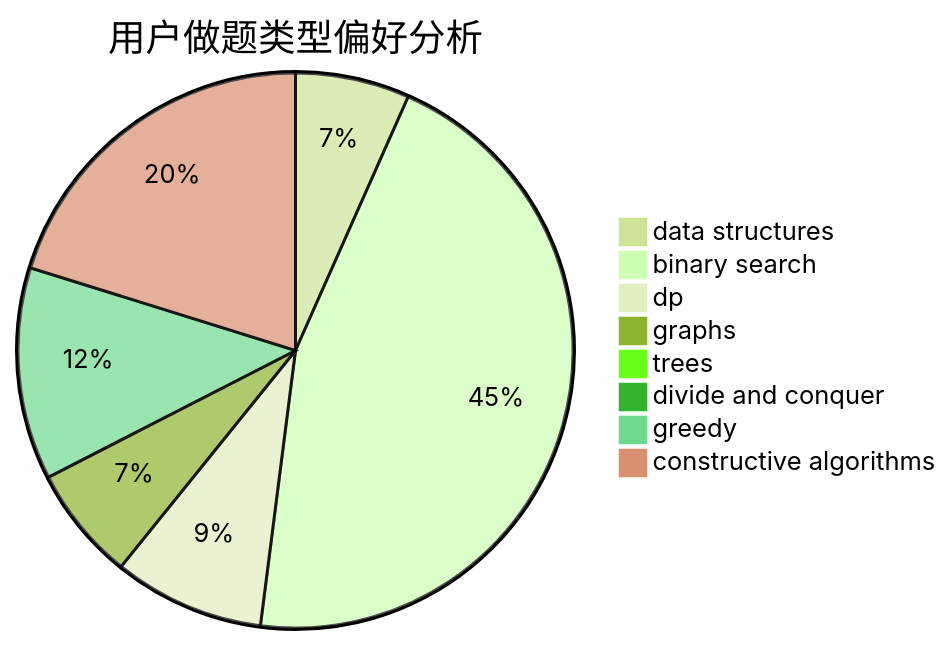
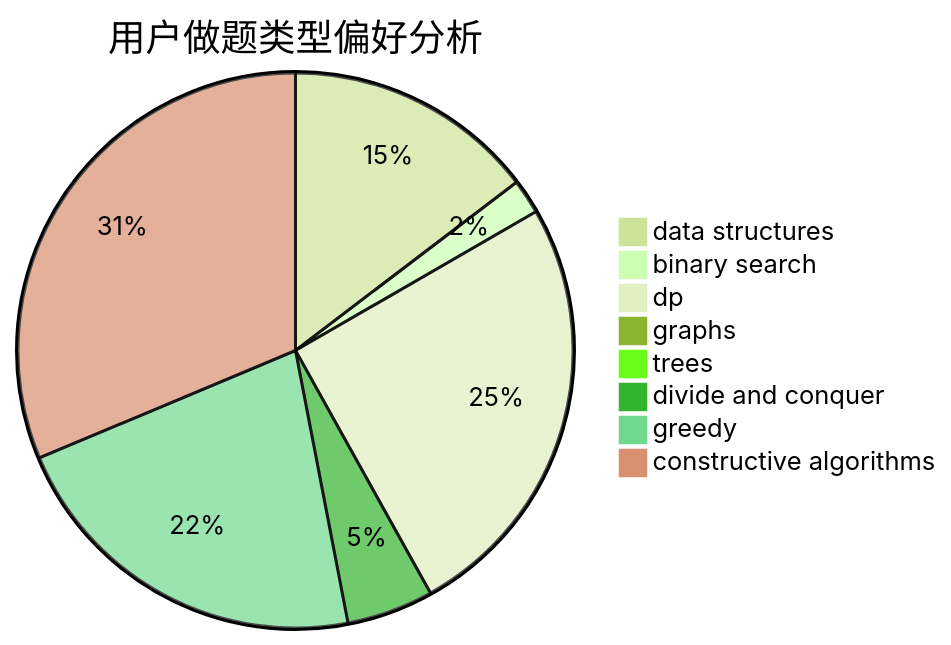
Before and after one commit to sherpahu/cfrs.github.io: the second of 3 diagrams in docs/user/u2660.md, drawn with Mermaid (forest theme). The commit also changed other lines of this file and 2770 other files, not shown here.

````diff
--- a/docs/user/u2660.md
+++ b/docs/user/u2660.md
@@ -23,11 +23,11 @@
 ```mermaid
 pie title 用户做题类型偏好分析
-    "data structures" :  28
-    "binary search" :  191
-    "dp" :  37
-    "graphs" :  28
-    "trees" :  4
-    "divide and conquer" :  0
-    "greedy" :  52
-    "constructive algorithms" :  85
+    "data structures" :  29
+    "binary search" :  4
+    "dp" :  50
+    "graphs" :  0
+    "trees" :  0
+    "divide and conquer" :  10
+    "greedy" :  43
+    "constructive algorithms" :  62
 ```
````
